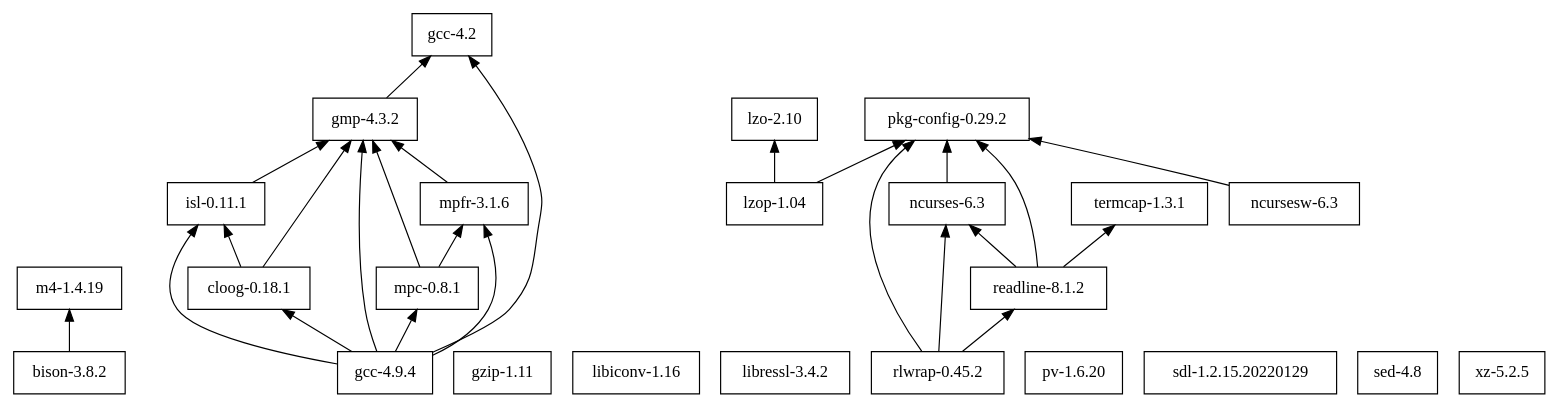
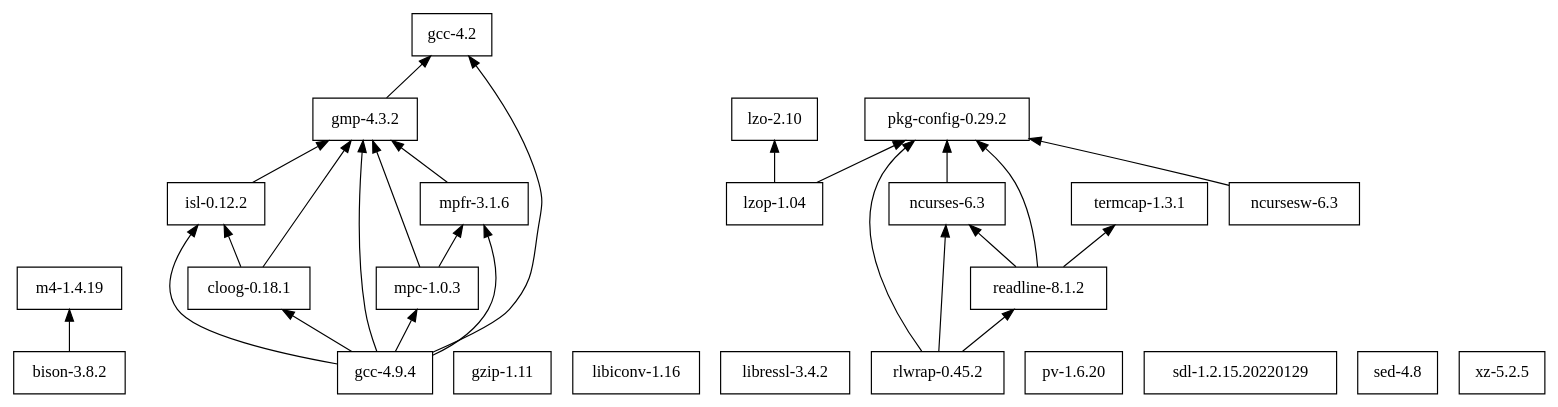
The diagram in leopardsh/deps/dependencies.dot (cellularmitosis/leopard.sh), drawn with Graphviz before and after one commit. The commit also changed 22 other files, not shown here.

```diff
--- a/leopardsh/deps/dependencies.dot
+++ b/leopardsh/deps/dependencies.dot
@@ -1,42 +1,42 @@
 digraph mygraph {
 node [shape=box];
 rankdir = BT;
 
 "bison-3.8.2" -> "m4-1.4.19"
 "cloog-0.18.1" -> "gmp-4.3.2"
-"cloog-0.18.1" -> "isl-0.11.1"
+"cloog-0.18.1" -> "isl-0.12.2"
 "gcc-4.2"
 "gcc-4.9.4" -> "cloog-0.18.1"
 "gcc-4.9.4" -> "gcc-4.2"
 "gcc-4.9.4" -> "gmp-4.3.2"
-"gcc-4.9.4" -> "isl-0.11.1"
-"gcc-4.9.4" -> "mpc-0.8.1"
+"gcc-4.9.4" -> "isl-0.12.2"
+"gcc-4.9.4" -> "mpc-1.0.3"
 "gcc-4.9.4" -> "mpfr-3.1.6"
 "gmp-4.3.2" -> "gcc-4.2"
 "gzip-1.11"
-"isl-0.11.1" -> "gmp-4.3.2"
+"isl-0.12.2" -> "gmp-4.3.2"
 "libiconv-1.16"
 "libressl-3.4.2"
 "lzo-2.10"
 "lzop-1.04" -> "lzo-2.10"
 "lzop-1.04" -> "pkg-config-0.29.2"
 "m4-1.4.19"
-"mpc-0.8.1" -> "gmp-4.3.2"
-"mpc-0.8.1" -> "mpfr-3.1.6"
+"mpc-1.0.3" -> "gmp-4.3.2"
+"mpc-1.0.3" -> "mpfr-3.1.6"
 "mpfr-3.1.6" -> "gmp-4.3.2"
 "ncurses-6.3" -> "pkg-config-0.29.2"
 "ncursesw-6.3" -> "pkg-config-0.29.2"
 "pkg-config-0.29.2"
 "pv-1.6.20"
 "readline-8.1.2" -> "ncurses-6.3"
 "readline-8.1.2" -> "pkg-config-0.29.2"
 "readline-8.1.2" -> "termcap-1.3.1"
 "rlwrap-0.45.2" -> "ncurses-6.3"
 "rlwrap-0.45.2" -> "pkg-config-0.29.2"
 "rlwrap-0.45.2" -> "readline-8.1.2"
 "sdl-1.2.15.20220129"
 "sed-4.8"
 "termcap-1.3.1"
 "xz-5.2.5"
 
 }
```
